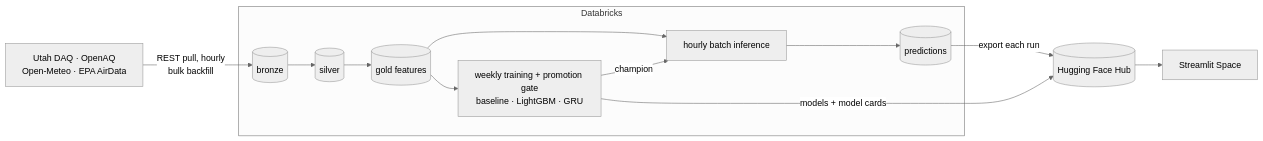
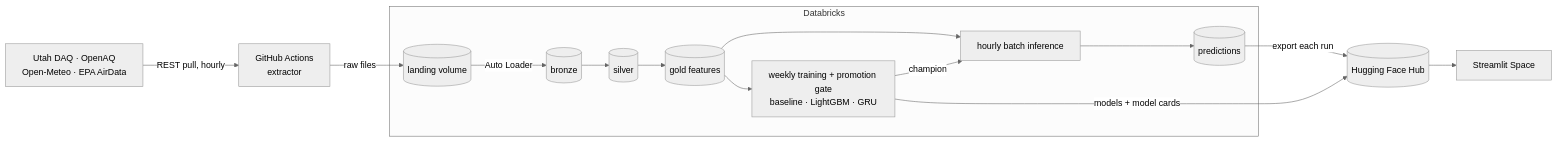
Before and after one commit to itstheryguy/aq_utah_project: the diagram in README.md, drawn with Mermaid (neutral theme). The commit also changed other lines of this file and 6 other files, not shown here.

First line of the commit message:
Move extraction to GitHub Actions; bronze via Auto Loader

````diff
--- a/README.md
+++ b/README.md
@@ -15,13 +16,14 @@
 ```mermaid
 flowchart LR
-    src["Utah DAQ · OpenAQ<br/>Open-Meteo · EPA AirData"] -- "REST pull, hourly<br/>bulk backfill" --> bronze
+    src["Utah DAQ · OpenAQ<br/>Open-Meteo · EPA AirData"] -- "REST pull, hourly" --> gha["GitHub Actions<br/>extractor"]
+    gha -- "raw files" --> landing
     subgraph dbx["Databricks"]
-        bronze[("bronze")] --> silver[("silver")] --> gold[("gold features")]
+        landing[("landing volume")] -- "Auto Loader" --> bronze[("bronze")] --> silver[("silver")] --> gold[("gold features")]
         gold --> score["hourly batch inference"] --> preds[("predictions")]
         gold --> train["weekly training + promotion gate<br/>baseline · LightGBM · GRU"]
         train -- "champion" --> score
     end
     preds -- "export each run" --> hf[("Hugging Face Hub")]
     train -- "models + model cards" --> hf
     hf --> app["Streamlit Space"]
 ```
````
